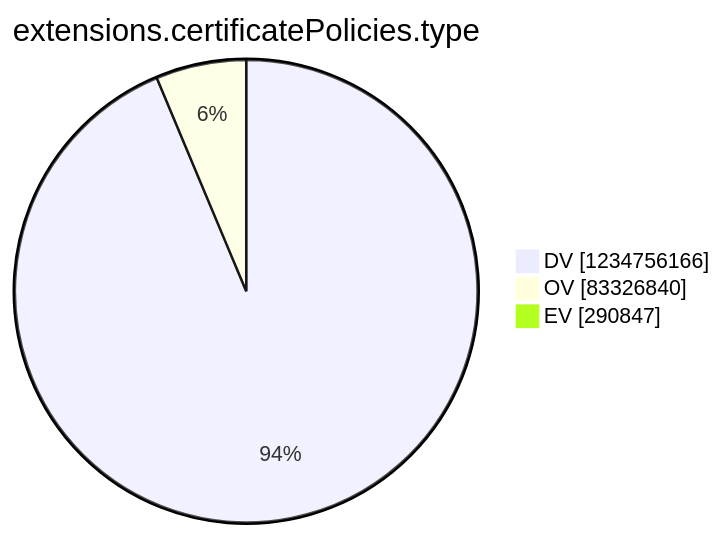
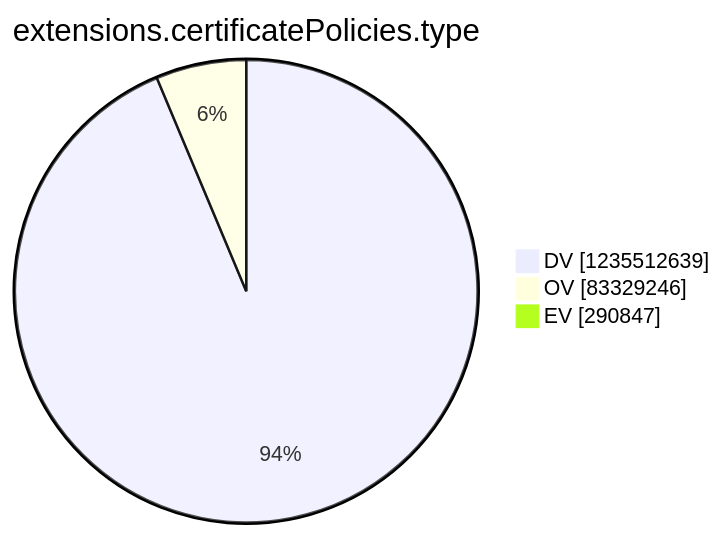
The tenth of 15 diagrams in argon2022/README.md (christiankrug/ctmonitor_visualization), drawn with Mermaid before and after one commit. The commit also changed other lines of this file, not shown here.

````diff
--- a/argon2022/README.md
+++ b/argon2022/README.md
@@ -2770,7 +2770,7 @@
 ```mermaid
 pie showData
 title extensions.certificatePolicies.type
-"DV" :1234756166
-"OV" :83326840
+"DV" :1235512639
+"OV" :83329246
 "EV" :290847
 ```
````
